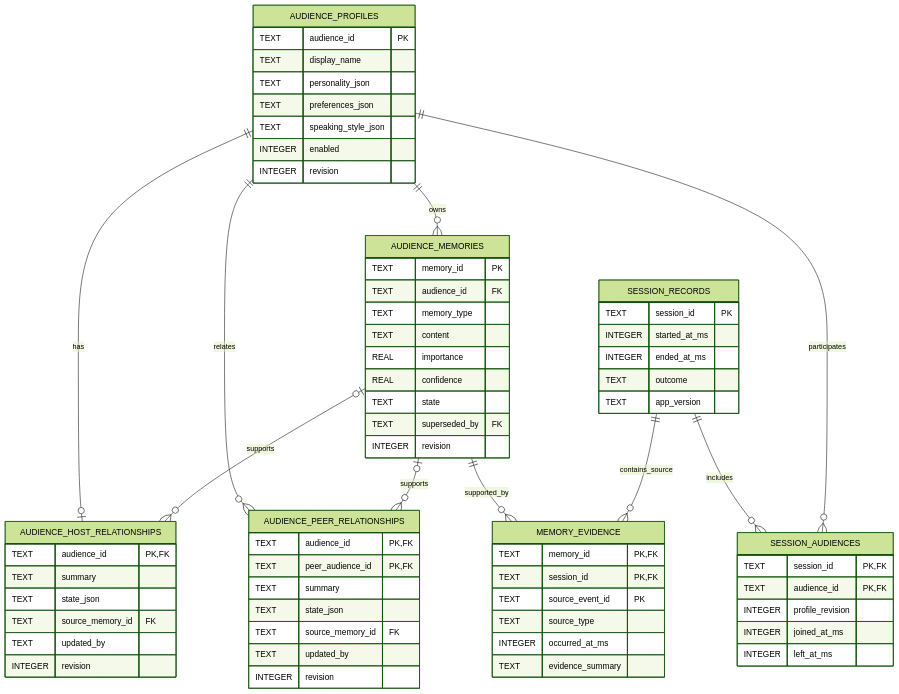
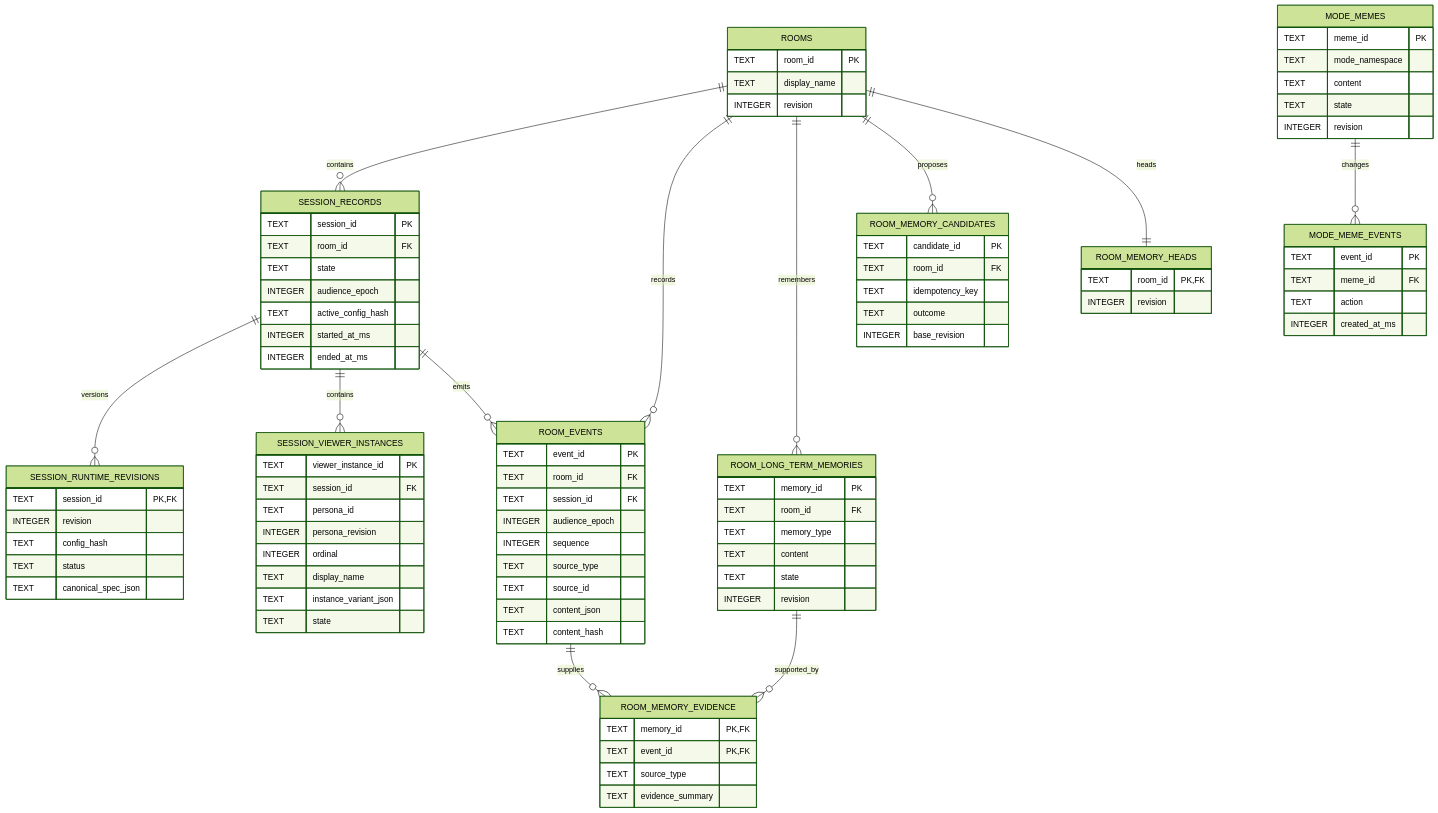
One commit to JunieXD/VibeLive changed the second of 2 diagrams in docs/BACKEND_DESIGN.md. Above: the diagram before and after it, drawn with Mermaid (forest theme). The commit also changed other lines of this file and 7 other files, not shown here.

Commit message:
docs(viewer-runtime): record architecture and verification

````diff
--- a/docs/BACKEND_DESIGN.md
+++ b/docs/BACKEND_DESIGN.md
@@ -195,72 +231,95 @@
 ```mermaid
 erDiagram
-    AUDIENCE_PROFILES {
-        TEXT audience_id PK
+    ROOMS {
+        TEXT room_id PK
         TEXT display_name
-        TEXT personality_json
-        TEXT preferences_json
-        TEXT speaking_style_json
-        INTEGER enabled
         INTEGER revision
-    }
-    AUDIENCE_HOST_RELATIONSHIPS {
-        TEXT audience_id PK,FK
-        TEXT summary
-        TEXT state_json
-        TEXT source_memory_id FK
-        TEXT updated_by
-        INTEGER revision
-    }
-    AUDIENCE_PEER_RELATIONSHIPS {
-        TEXT audience_id PK,FK
-        TEXT peer_audience_id PK,FK
-        TEXT summary
-        TEXT state_json
-        TEXT source_memory_id FK
-        TEXT updated_by
-        INTEGER revision
-    }
-    AUDIENCE_MEMORIES {
-        TEXT memory_id PK
-        TEXT audience_id FK
-        TEXT memory_type
-        TEXT content
-        REAL importance
-        REAL confidence
-        TEXT state
-        TEXT superseded_by FK
-        INTEGER revision
-    }
-    MEMORY_EVIDENCE {
-        TEXT memory_id PK,FK
-        TEXT session_id PK,FK
-        TEXT source_event_id PK
-        TEXT source_type
-        INTEGER occurred_at_ms
-        TEXT evidence_summary
     }
     SESSION_RECORDS {
         TEXT session_id PK
+        TEXT room_id FK
+        TEXT state
+        INTEGER audience_epoch
+        TEXT active_config_hash
         INTEGER started_at_ms
         INTEGER ended_at_ms
+    }
+    SESSION_RUNTIME_REVISIONS {
+        TEXT session_id PK,FK
+        INTEGER revision
+        TEXT config_hash
+        TEXT status
+        TEXT canonical_spec_json
+    }
+    SESSION_VIEWER_INSTANCES {
+        TEXT viewer_instance_id PK
+        TEXT session_id FK
+        TEXT persona_id
+        INTEGER persona_revision
+        INTEGER ordinal
+        TEXT display_name
+        TEXT instance_variant_json
+        TEXT state
+    }
+    ROOM_EVENTS {
+        TEXT event_id PK
+        TEXT room_id FK
+        TEXT session_id FK
+        INTEGER audience_epoch
+        INTEGER sequence
+        TEXT source_type
+        TEXT source_id
+        TEXT content_json
+        TEXT content_hash
+    }
+    ROOM_LONG_TERM_MEMORIES {
+        TEXT memory_id PK
+        TEXT room_id FK
+        TEXT memory_type
+        TEXT content
+        TEXT state
+        INTEGER revision
+    }
+    ROOM_MEMORY_EVIDENCE {
+        TEXT memory_id PK,FK
+        TEXT event_id PK,FK
+        TEXT source_type
+        TEXT evidence_summary
+    }
+    ROOM_MEMORY_CANDIDATES {
+        TEXT candidate_id PK
+        TEXT room_id FK
+        TEXT idempotency_key
         TEXT outcome
-        TEXT app_version
+        INTEGER base_revision
     }
-    SESSION_AUDIENCES {
-        TEXT session_id PK,FK
-        TEXT audience_id PK,FK
-        INTEGER profile_revision
-        INTEGER joined_at_ms
-        INTEGER left_at_ms
+    ROOM_MEMORY_HEADS {
+        TEXT room_id PK,FK
+        INTEGER revision
+    }
+    MODE_MEMES {
+        TEXT meme_id PK
+        TEXT mode_namespace
+        TEXT content
+        TEXT state
+        INTEGER revision
+    }
+    MODE_MEME_EVENTS {
+        TEXT event_id PK
+        TEXT meme_id FK
+        TEXT action
+        INTEGER created_at_ms
     }
 
-    AUDIENCE_PROFILES ||--o| AUDIENCE_HOST_RELATIONSHIPS : has
-    AUDIENCE_PROFILES ||--o{ AUDIENCE_PEER_RELATIONSHIPS : relates
-    AUDIENCE_PROFILES ||--o{ AUDIENCE_MEMORIES : owns
-    AUDIENCE_MEMORIES o|--o{ AUDIENCE_HOST_RELATIONSHIPS : supports
-    AUDIENCE_MEMORIES o|--o{ AUDIENCE_PEER_RELATIONSHIPS : supports
-    AUDIENCE_MEMORIES ||--o{ MEMORY_EVIDENCE : supported_by
-    SESSION_RECORDS ||--o{ MEMORY_EVIDENCE : contains_source
-    SESSION_RECORDS ||--o{ SESSION_AUDIENCES : includes
-    AUDIENCE_PROFILES ||--o{ SESSION_AUDIENCES : participates
+    ROOMS ||--o{ SESSION_RECORDS : contains
+    SESSION_RECORDS ||--o{ SESSION_RUNTIME_REVISIONS : versions
+    SESSION_RECORDS ||--o{ SESSION_VIEWER_INSTANCES : contains
+    ROOMS ||--o{ ROOM_EVENTS : records
+    SESSION_RECORDS ||--o{ ROOM_EVENTS : emits
+    ROOMS ||--o{ ROOM_LONG_TERM_MEMORIES : remembers
+    ROOM_LONG_TERM_MEMORIES ||--o{ ROOM_MEMORY_EVIDENCE : supported_by
+    ROOM_EVENTS ||--o{ ROOM_MEMORY_EVIDENCE : supplies
+    ROOMS ||--o{ ROOM_MEMORY_CANDIDATES : proposes
+    ROOMS ||--|| ROOM_MEMORY_HEADS : heads
+    MODE_MEMES ||--o{ MODE_MEME_EVENTS : changes
 ```
````
